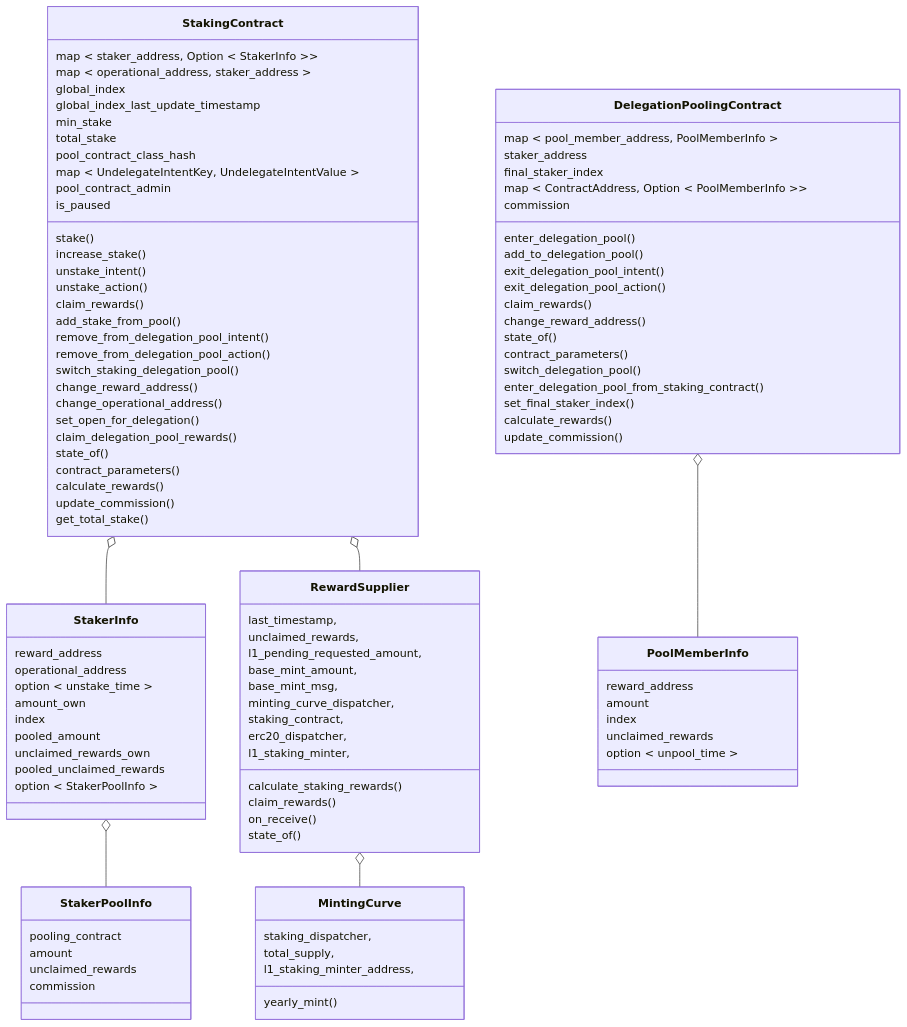
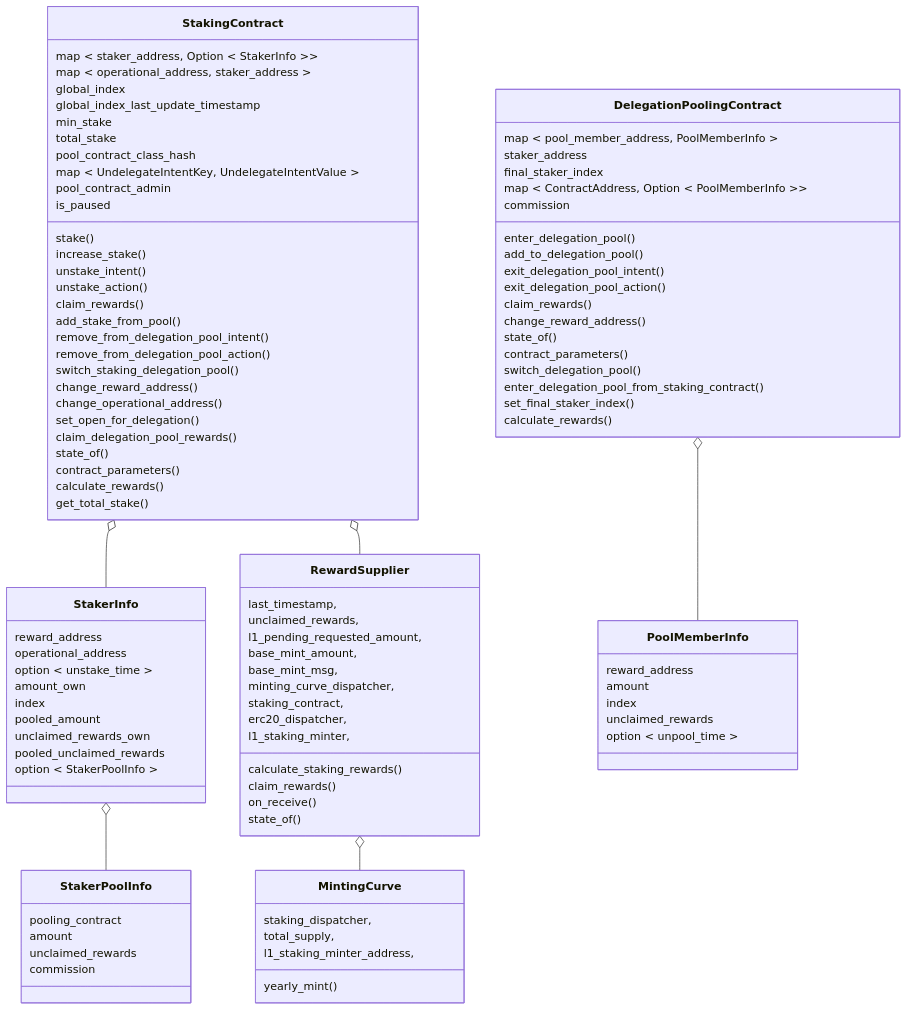
Before and after one commit to starkware-libs/starknet-staking: the first of 8 diagrams in workspace/apps/staking/docs/spec.md, drawn with Mermaid. The commit also changed other lines of this file, not shown here.

Commit message:
fix(staking): remove update_commission from spec (#1688)

```diff
--- a/workspace/apps/staking/docs/spec.md
+++ b/workspace/apps/staking/docs/spec.md
@@ -159,7 +155,6 @@
     state_of()
     contract_parameters()
     calculate_rewards()
-    update_commission()
     get_total_stake()
 
   }
@@ -181,7 +176,6 @@
     enter_delegation_pool_from_staking_contract()
     set_final_staker_index()
     calculate_rewards()
-    update_commission()
   }
   class StakerInfo{
     reward_address
```
